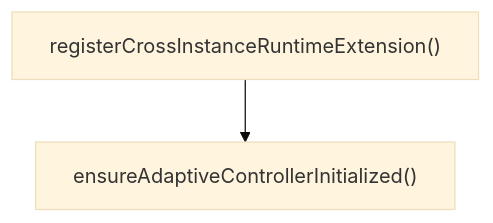
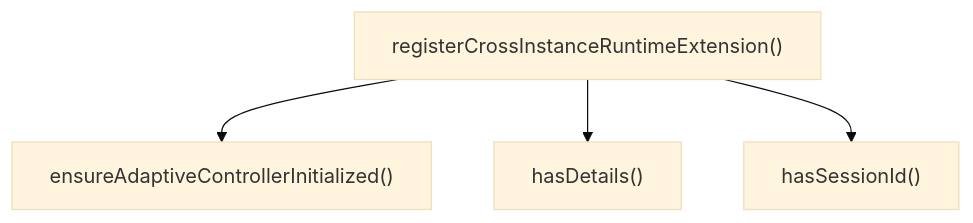
The fifth of 5 diagrams in ABDD/.pi/extensions/cross-instance-runtime.md (Mekann2904/mekann), drawn with Mermaid (base theme) before and after one commit. The commit also changed other lines of this file and 189 other files, not shown here.

````diff
--- a/ABDD/.pi/extensions/cross-instance-runtime.md
+++ b/ABDD/.pi/extensions/cross-instance-runtime.md
@@ -180,6 +208,10 @@
 ```mermaid
 flowchart TD
   ensureAdaptiveControllerInitialized["ensureAdaptiveControllerInitialized()"]
+  hasDetails["hasDetails()"]
+  hasSessionId["hasSessionId()"]
   registerCrossInstanceRuntimeExtension["registerCrossInstanceRuntimeExtension()"]
   registerCrossInstanceRuntimeExtension --> ensureAdaptiveControllerInitialized
+  registerCrossInstanceRuntimeExtension --> hasDetails
+  registerCrossInstanceRuntimeExtension --> hasSessionId
 ```
````
